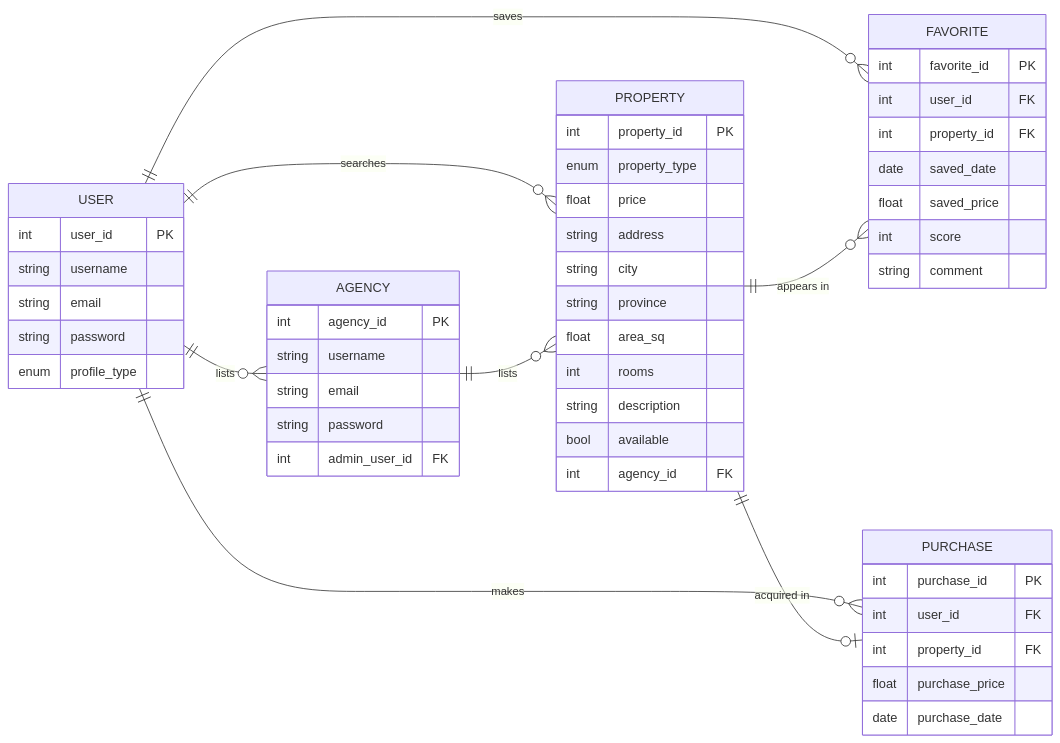
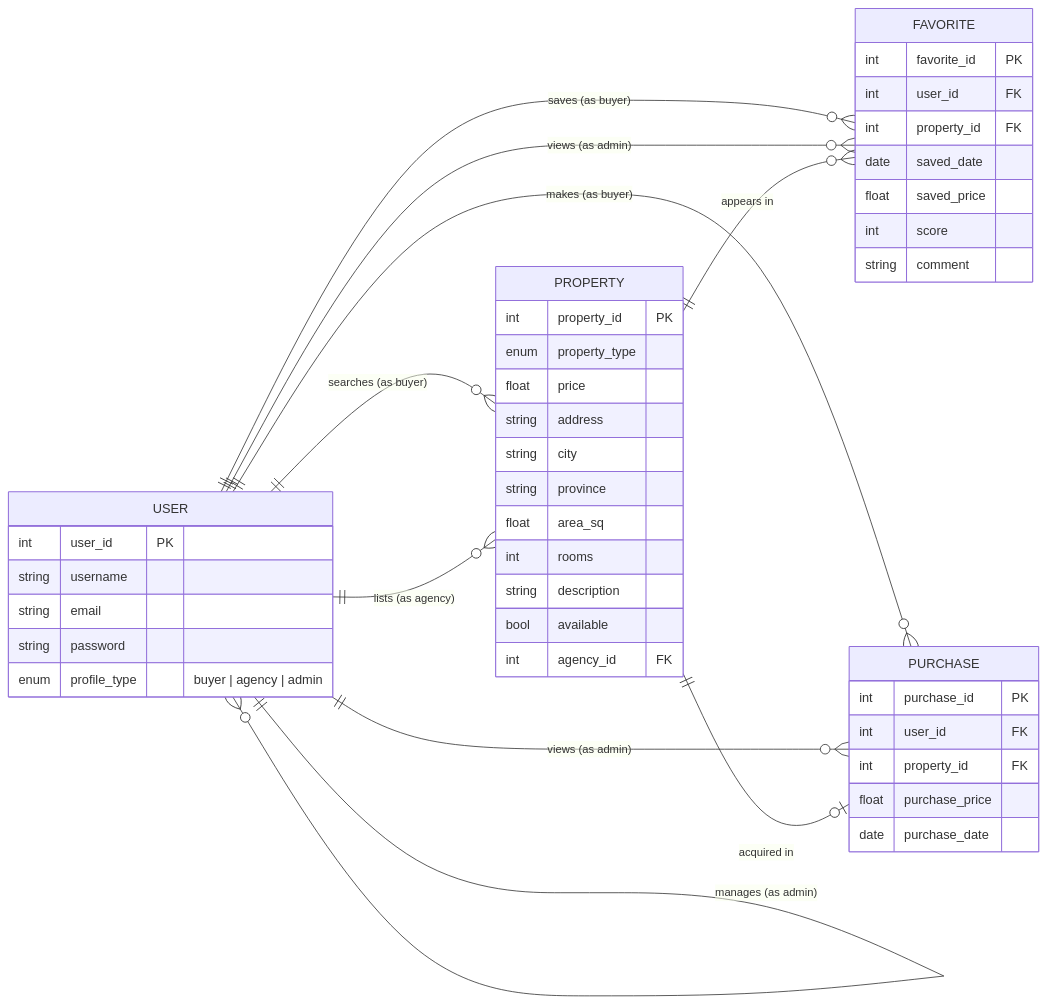
Before and after one commit to 2026c1-pdes-grupo4/.github: the diagram in DER.mmd, drawn with Mermaid. The commit also changed other lines of this file, not shown here.

Commit message:
model updated, check

```diff
--- a/DER.mmd
+++ b/DER.mmd
@@ -1,57 +1,51 @@
 erDiagram
 	direction LR
 	USER {
 		int user_id PK
 		string username
 		string email
 		string password
-		enum profile_type
-	}
-
-	AGENCY {
-		int agency_id PK
-		string username
-		string email
-        string password
-		int admin_user_id FK
+		enum profile_type "buyer | agency | admin"
 	}
 
 	PROPERTY {
 		int property_id PK
 		enum property_type
 		float price
 		string address
 		string city
 		string province
 		float area_sq
 		int rooms
 		string description
 		bool available
 		int agency_id FK
 	}
 
 	FAVORITE {
 		int favorite_id PK
 		int user_id FK
 		int property_id FK
 		date saved_date
-        float saved_price
+		float saved_price
 		int score
 		string comment
 	}
 
 	PURCHASE {
 		int purchase_id PK
 		int user_id FK
 		int property_id FK
 		float purchase_price
 		date purchase_date
 	}
 
-	USER||--o{AGENCY:"lists"
-    USER||--o{PROPERTY:"searches"
-	USER||--o{FAVORITE:"saves"
-	USER||--o{PURCHASE:"makes"
-	AGENCY||--o{PROPERTY:"lists"
+	USER||--o{PROPERTY:"searches (as buyer)"
+	USER||--o{FAVORITE:"saves (as buyer)"
+	USER||--o{PURCHASE:"makes (as buyer)"
+	USER||--o{PROPERTY:"lists (as agency)"
+	USER||--o{USER:"manages (as admin)"
+	USER||--o{FAVORITE:"views (as admin)"
+	USER||--o{PURCHASE:"views (as admin)"
 	PROPERTY||--o{FAVORITE:"appears in"
 	PROPERTY||--o|PURCHASE:"acquired in"
```
